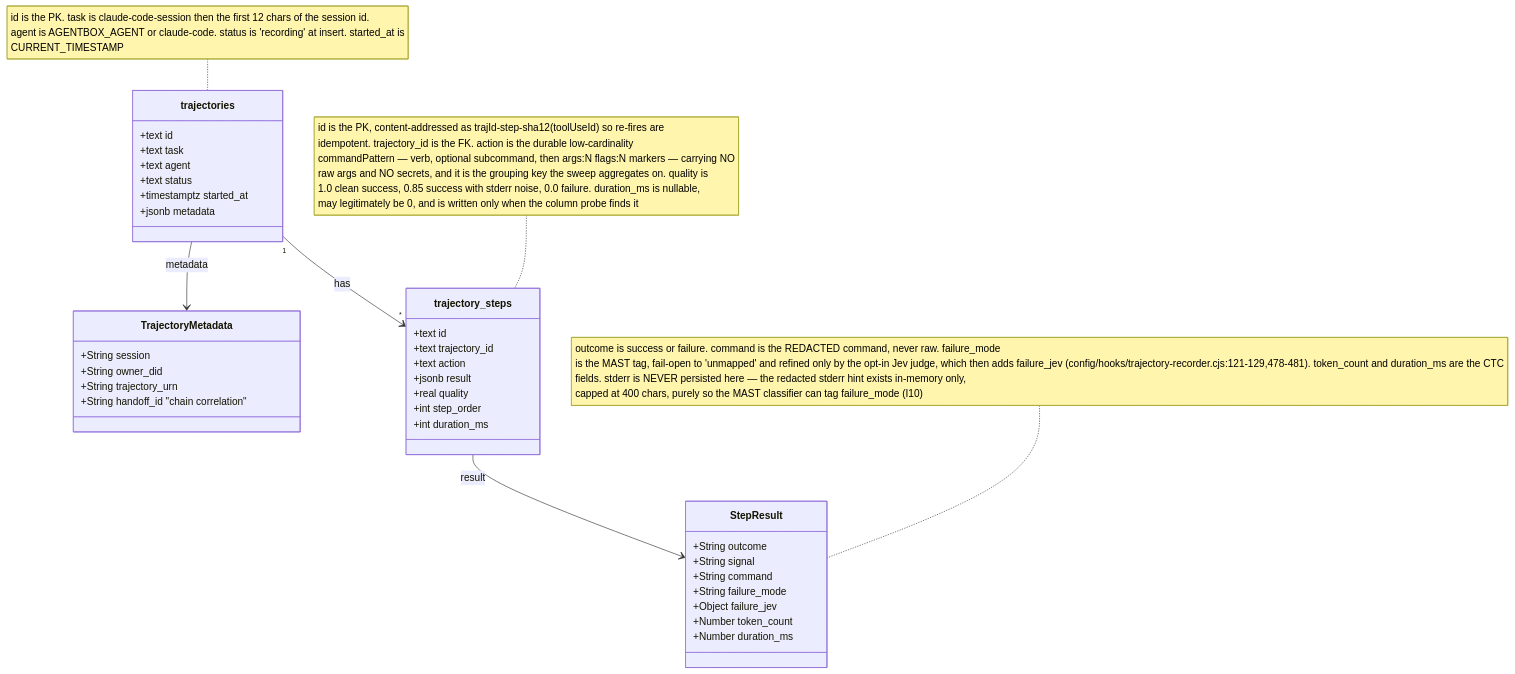
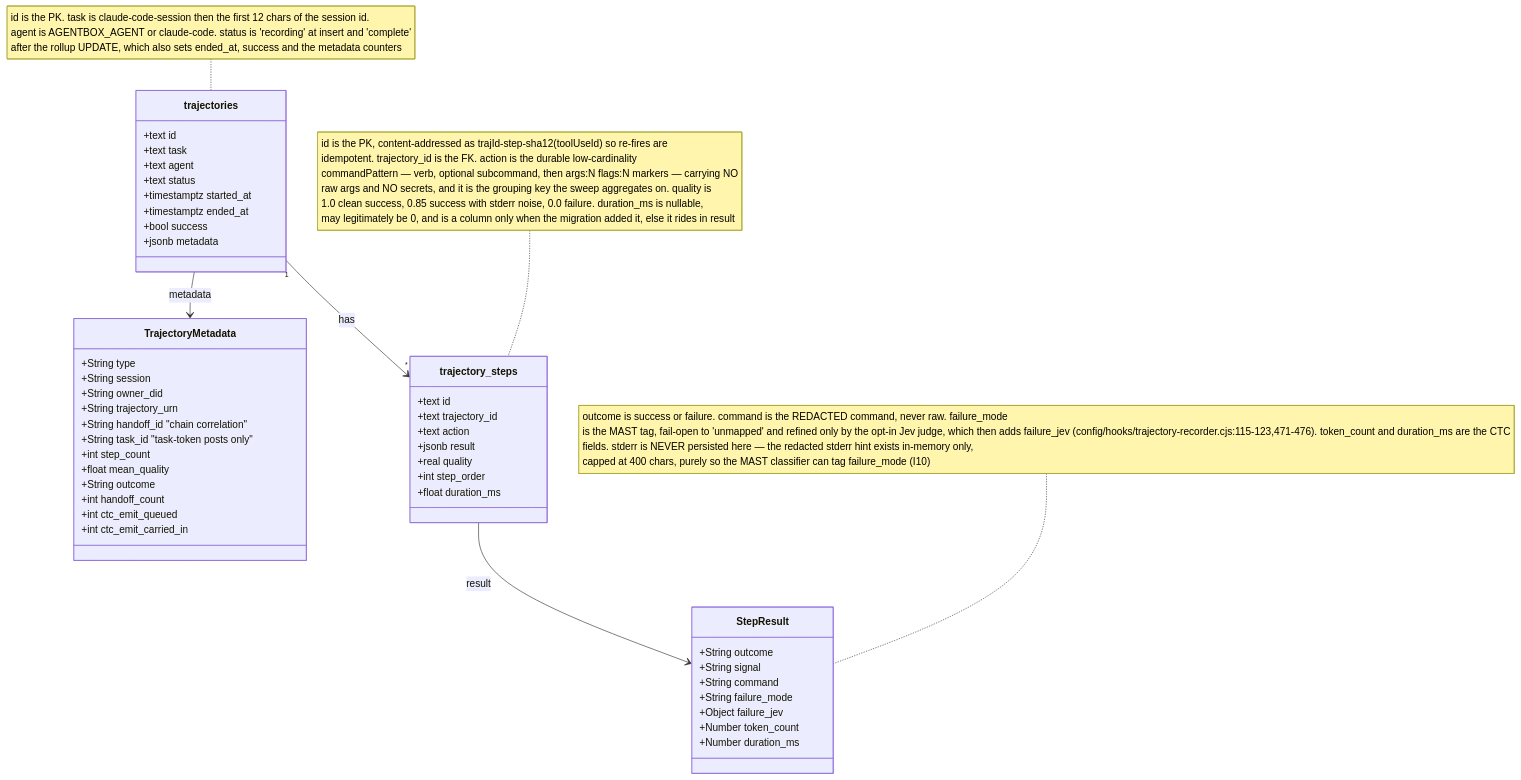
One commit to DreamLab-AI/VisionFlow changed the third of 10 diagrams in docs/diagrams/agentbox/21-learning-loop.md. Above: the diagram before and after it, drawn with Mermaid. The commit also changed other lines of this file and 173 other files, not shown here.

First line of the commit message:
docs(audit): estate audit wave 3, agentbox and VisionClaw; ledger complete

````diff
--- a/docs/diagrams/agentbox/21-learning-loop.md
+++ b/docs/diagrams/agentbox/21-learning-loop.md
@@ -121,41 +136,51 @@
 ```mermaid
 classDiagram
     class trajectories {
         +text id
         +text task
         +text agent
         +text status
         +timestamptz started_at
+        +timestamptz ended_at
+        +bool success
         +jsonb metadata
     }
     class TrajectoryMetadata {
+        +String type
         +String session
         +String owner_did
         +String trajectory_urn
         +String handoff_id "chain correlation"
+        +String task_id "task-token posts only"
+        +int step_count
+        +float mean_quality
+        +String outcome
+        +int handoff_count
+        +int ctc_emit_queued
+        +int ctc_emit_carried_in
     }
     class trajectory_steps {
         +text id
         +text trajectory_id
         +text action
         +jsonb result
         +real quality
         +int step_order
-        +int duration_ms
+        +float duration_ms
     }
     class StepResult {
         +String outcome
         +String signal
         +String command
         +String failure_mode
         +Object failure_jev
         +Number token_count
         +Number duration_ms
     }
     trajectories --> TrajectoryMetadata : metadata
     trajectories "1" --> "*" trajectory_steps : has
     trajectory_steps --> StepResult : result
-    note for trajectory_steps "id is the PK, content-addressed as trajId-step-sha12(toolUseId) so re-fires are<br/>idempotent. trajectory_id is the FK. action is the durable low-cardinality<br/>commandPattern — verb, optional subcommand, then args:N flags:N markers — carrying NO<br/>raw args and NO secrets, and it is the grouping key the sweep aggregates on. quality is<br/>1.0 clean success, 0.85 success with stderr noise, 0.0 failure. duration_ms is nullable,<br/>may legitimately be 0, and is written only when the column probe finds it"
-    note for trajectories "id is the PK. task is claude-code-session then the first 12 chars of the session id.<br/>agent is AGENTBOX_AGENT or claude-code. status is 'recording' at insert. started_at is<br/>CURRENT_TIMESTAMP"
-    note for StepResult "outcome is success or failure. command is the REDACTED command, never raw. failure_mode<br/>is the MAST tag, fail-open to 'unmapped' and refined only by the opt-in Jev judge, which then adds failure_jev (config/hooks/trajectory-recorder.cjs:121-129,478-481). token_count and duration_ms are the CTC<br/>fields. stderr is NEVER persisted here — the redacted stderr hint exists in-memory only,<br/>capped at 400 chars, purely so the MAST classifier can tag failure_mode (I10)"
+    note for trajectory_steps "id is the PK, content-addressed as trajId-step-sha12(toolUseId) so re-fires are<br/>idempotent. trajectory_id is the FK. action is the durable low-cardinality<br/>commandPattern — verb, optional subcommand, then args:N flags:N markers — carrying NO<br/>raw args and NO secrets, and it is the grouping key the sweep aggregates on. quality is<br/>1.0 clean success, 0.85 success with stderr noise, 0.0 failure. duration_ms is nullable,<br/>may legitimately be 0, and is a column only when the migration added it, else it rides in result"
+    note for trajectories "id is the PK. task is claude-code-session then the first 12 chars of the session id.<br/>agent is AGENTBOX_AGENT or claude-code. status is 'recording' at insert and 'complete'<br/>after the rollup UPDATE, which also sets ended_at, success and the metadata counters"
+    note for StepResult "outcome is success or failure. command is the REDACTED command, never raw. failure_mode<br/>is the MAST tag, fail-open to 'unmapped' and refined only by the opt-in Jev judge, which then adds failure_jev (config/hooks/trajectory-recorder.cjs:115-123,471-476). token_count and duration_ms are the CTC<br/>fields. stderr is NEVER persisted here — the redacted stderr hint exists in-memory only,<br/>capped at 400 chars, purely so the MAST classifier can tag failure_mode (I10)"
 ```
````
